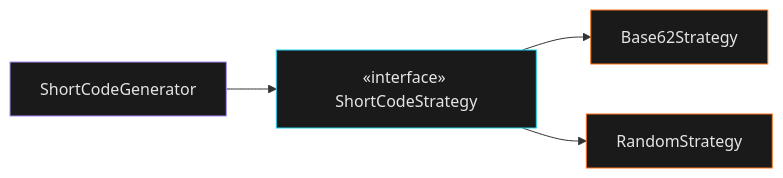
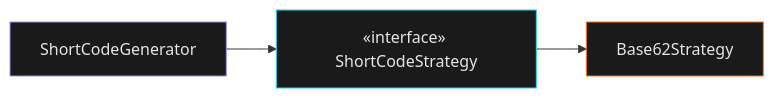
The fourth of 4 diagrams in README.md (jose-almir/shortr), drawn with Mermaid before and after one commit. The commit also changed other lines of this file and 11 other files, not shown here.

````diff
--- a/README.md
+++ b/README.md
@@ -118,11 +118,9 @@
 ```mermaid
 graph LR
     GEN["ShortCodeGenerator"] --> IFACE["«interface» ShortCodeStrategy"]
     IFACE --> B62["Base62Strategy"]
-    IFACE --> RND["RandomStrategy"]
 
     style IFACE fill:#1a1a1a,stroke:#22d3ee,color:#e5e5e5
     style B62 fill:#1a1a1a,stroke:#f97316,color:#e5e5e5
-    style RND fill:#1a1a1a,stroke:#f97316,color:#e5e5e5
     style GEN fill:#1a1a1a,stroke:#a78bfa,color:#e5e5e5
 ```
````
